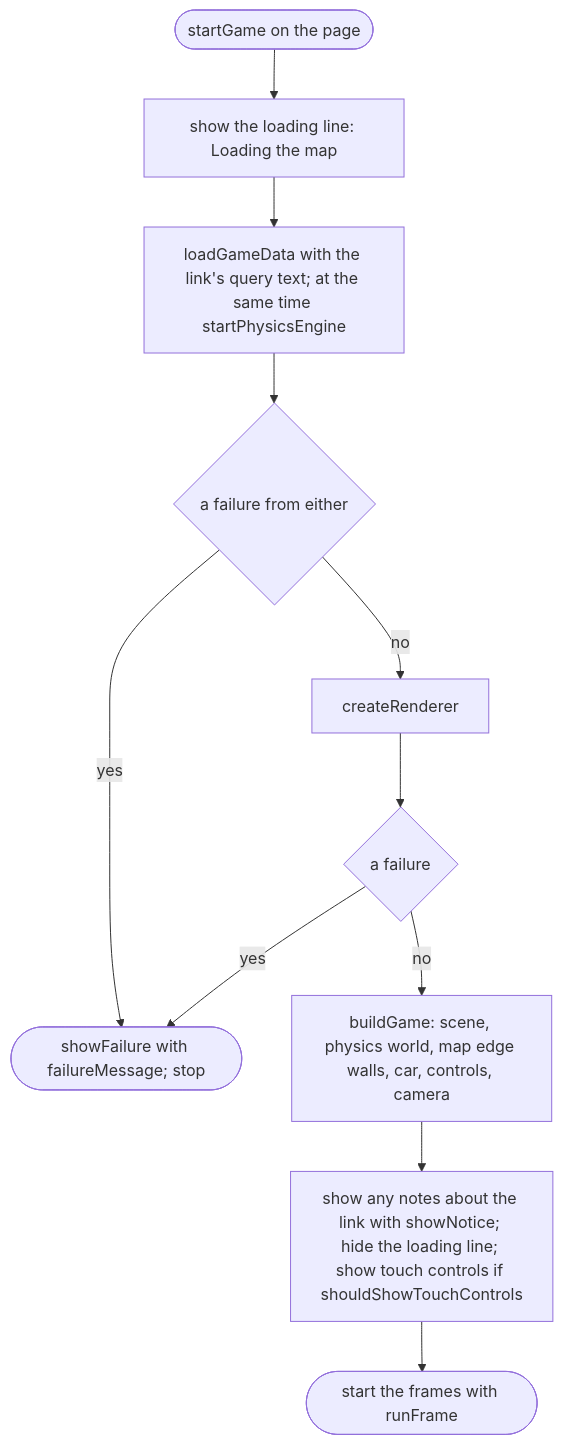
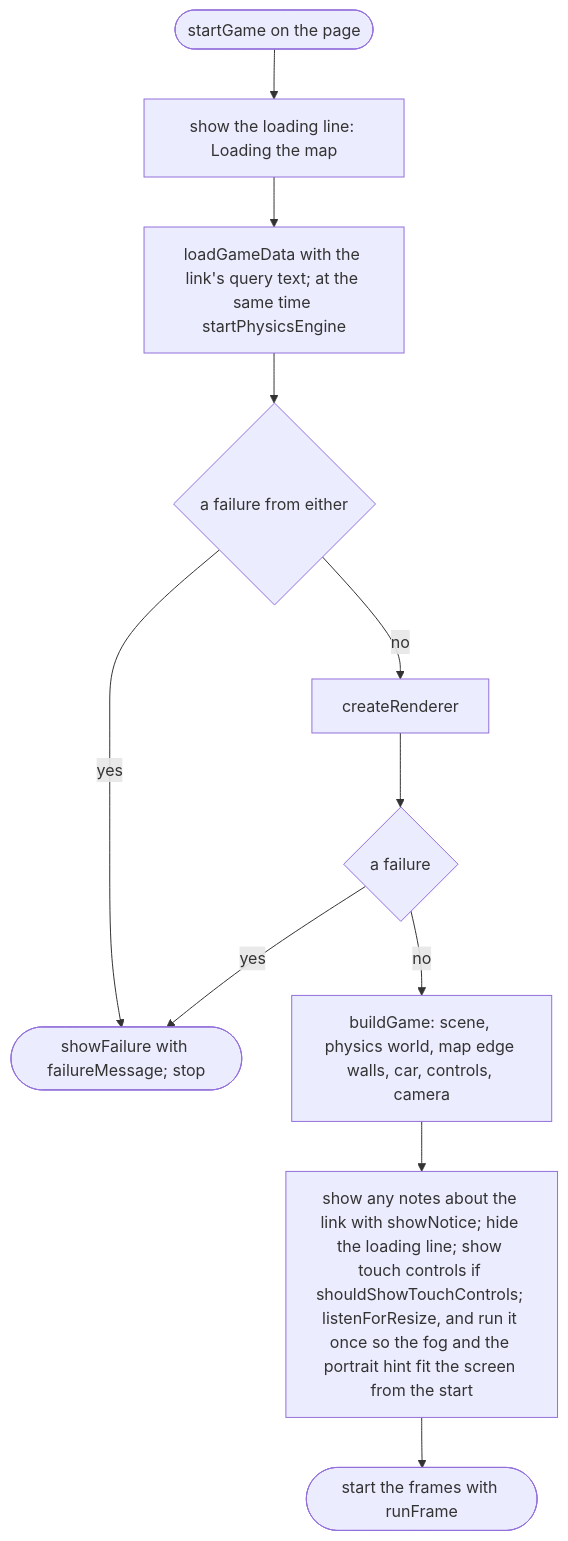
The first of 4 diagrams in docs/designs/src/game/main.md (NewDara-Star/world-engine), drawn with Mermaid before and after one commit. The commit also changed other lines of this file and 41 other files, not shown here.

````diff
--- a/docs/designs/src/game/main.md
+++ b/docs/designs/src/game/main.md
@@ -15,18 +15,18 @@
 ```mermaid
 flowchart TD
   s(["startGame on the page"])
   a["show the loading line: Loading the map"]
   b["loadGameData with the link's query text; at the same time startPhysicsEngine"]
   c{"a failure from either"}
   d(["showFailure with failureMessage; stop"])
   e["createRenderer"]
   f{"a failure"}
   g["buildGame: scene, physics world, map edge walls, car, controls, camera"]
-  h["show any notes about the link with showNotice; hide the loading line; show touch controls if shouldShowTouchControls"]
+  h["show any notes about the link with showNotice; hide the loading line; show touch controls if shouldShowTouchControls; listenForResize, and run it once so the fog and the portrait hint fit the screen from the start"]
   i(["start the frames with runFrame"])
   s --> a --> b --> c
   c -->|"yes"| d
   c -->|"no"| e --> f
   f -->|"yes"| d
   f -->|"no"| g --> h --> i
 ```
````
